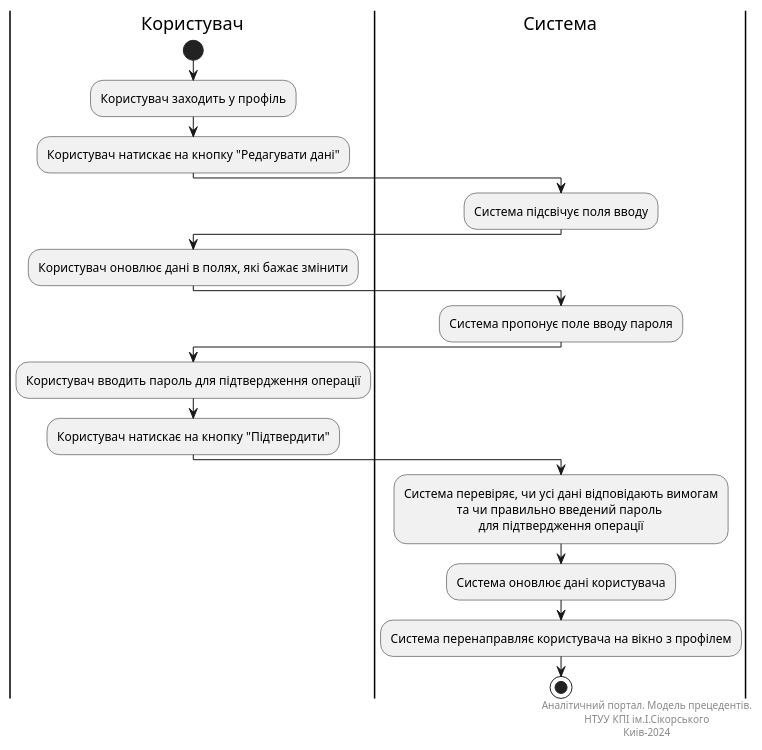
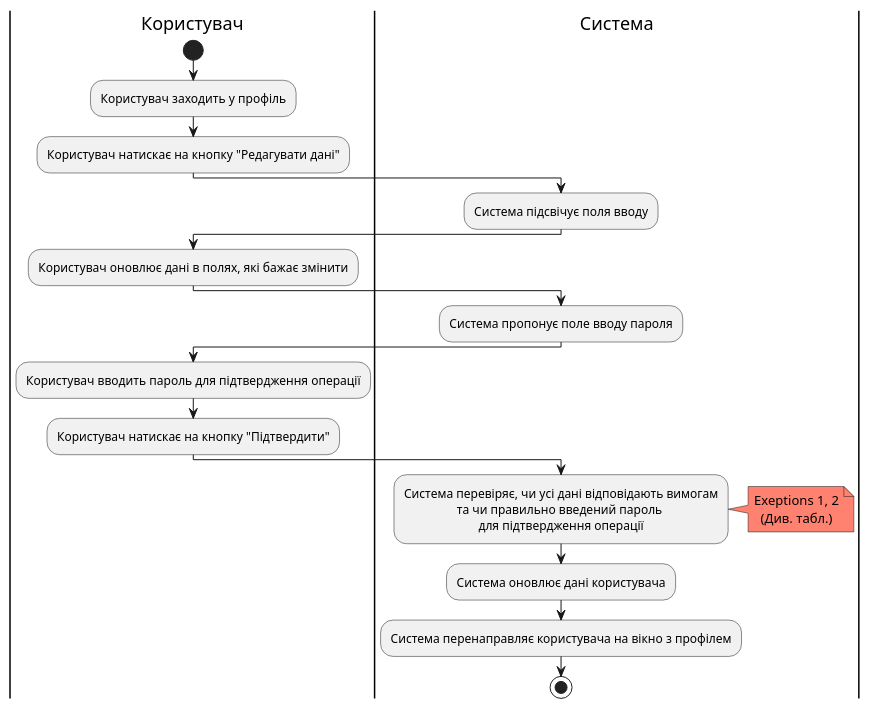
One commit to generalmaks/db_labs changed the second of 3 diagrams in docs/use_cases.md. Above: the diagram before and after it, drawn with PlantUML. The commit also changed other lines of this file, not shown here.

````diff
--- a/docs/use_cases.md
+++ b/docs/use_cases.md
@@ -77,42 +72,42 @@
 ```plantuml
 @startuml
 |Користувач|
 start
 skinparam defaultTextAlignment center
 
 |Користувач|
 :Користувач заходить у профіль;
 :Користувач натискає на кнопку "Редагувати дані";
 
 
 
 |Система|
 :Система підсвічує поля вводу;
 
 |Користувач|
 :Користувач оновлює дані в полях, які бажає змінити;
 
 
 |Система|
 :Система пропонує поле вводу пароля;
 
 |Користувач|
 :Користувач вводить пароль для підтвердження операції;
 :Користувач натискає на кнопку "Підтвердити";
 
 |Система|
 :Система перевіряє, чи усі дані відповідають вимогам
 та чи правильно введений пароль 
 для підтвердження операції;
+note right #ff8170
+Exeptions 1, 2
+(Див. табл.)
+end note
+
 :Система оновлює дані користувача;
 :Система перенаправляє користувача на вікно з профілем;
 
-right footer
-        Аналітичний портал. Модель прецедентів.
-        НТУУ КПІ ім.І.Сікорського
-        Киів-2024
-    end footer
 
 stop
 @enduml
 ```
````
